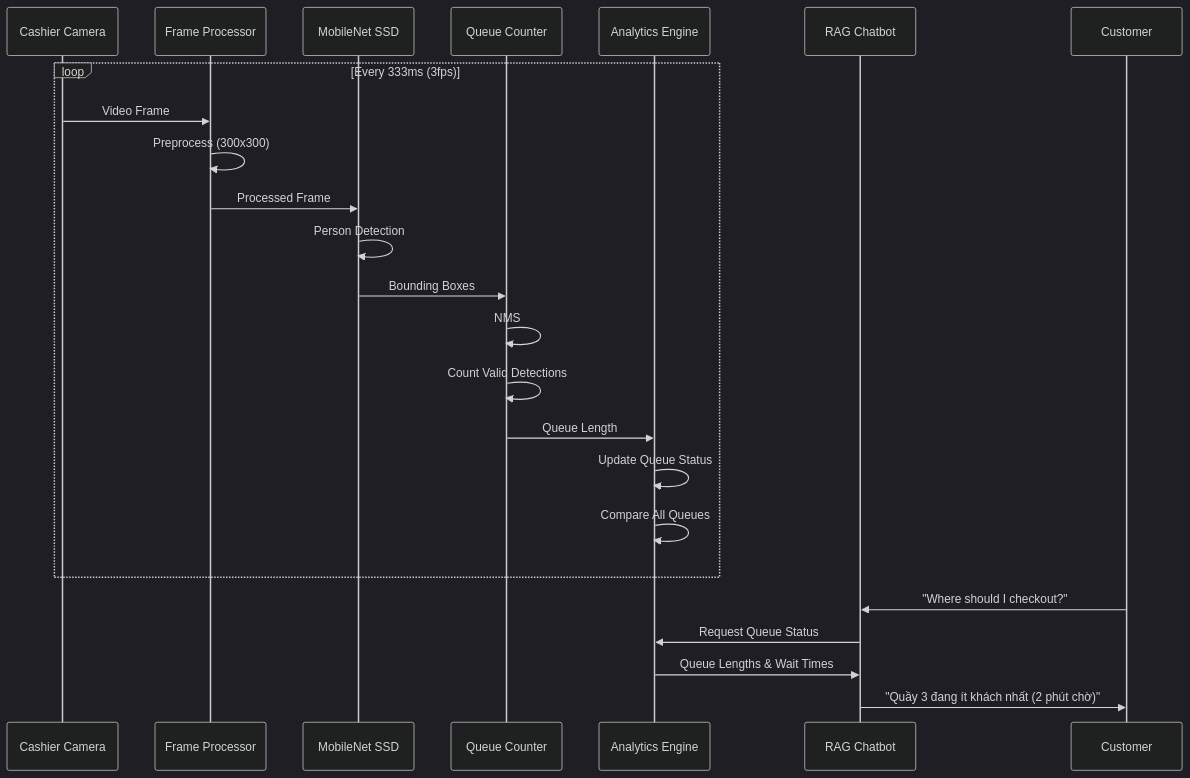
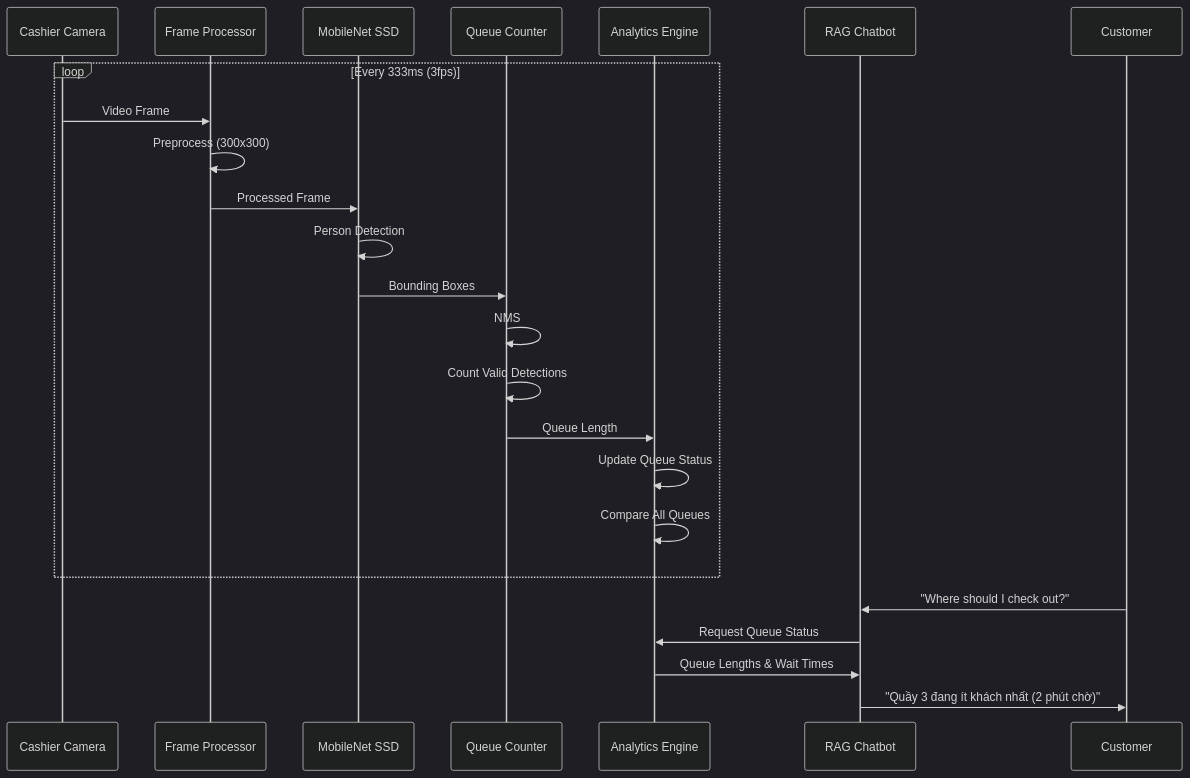
The fifth of 8 diagrams in document_english_version/cashier_queue_estimation.md (Luisnguyen1/SenEdge), drawn with Mermaid (dark theme) before and after one commit. The commit also changed other lines of this file, not shown here.

````diff
--- a/document_english_version/cashier_queue_estimation.md
+++ b/document_english_version/cashier_queue_estimation.md
@@ -154,29 +161,29 @@
 ```mermaid
 sequenceDiagram
     participant Camera as Cashier Camera
     participant Processor as Frame Processor
     participant Model as MobileNet SSD
     participant Counter as Queue Counter
     participant Analytics as Analytics Engine
     participant Chatbot as RAG Chatbot
     participant Customer as Customer
     
     loop Every 333ms (3fps)
         Camera->>Processor: Video Frame
         Processor->>Processor: Preprocess (300x300)
         Processor->>Model: Processed Frame
         Model->>Model: Person Detection
         Model->>Counter: Bounding Boxes
         Counter->>Counter: NMS
         Counter->>Counter: Count Valid Detections
         Counter->>Analytics: Queue Length
         
         Analytics->>Analytics: Update Queue Status
         Analytics->>Analytics: Compare All Queues
     end
     
-    Customer->>Chatbot: "Where should I checkout?"
+    Customer->>Chatbot: "Where should I check out?"
     Chatbot->>Analytics: Request Queue Status
     Analytics->>Chatbot: Queue Lengths & Wait Times
     Chatbot->>Customer: "Quầy 3 đang ít khách nhất (2 phút chờ)"
 ```
````
